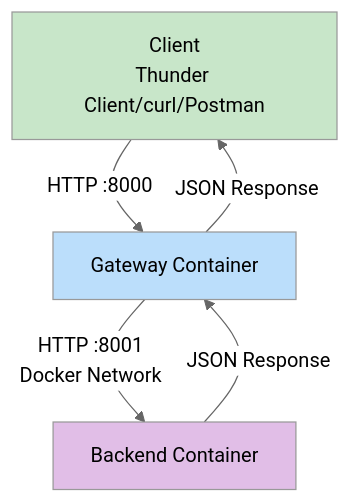
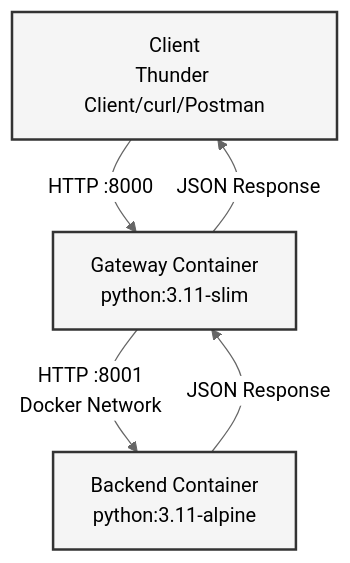
One commit to KS895683/CSC581_Cloud_Project changed the diagram in README.md. Above: the diagram before and after it, drawn with Mermaid (neutral theme).

Commit message:
adjusted architecture diagram

````diff
--- a/README.md
+++ b/README.md
@@ -13,12 +13,12 @@
 ```mermaid
-flowchart TD
-    A[Client<br/>Thunder Client/curl/Postman] -->|HTTP :8000| B[Gateway Container]
-    B -->|HTTP :8001<br/>Docker Network| C[Backend Container]
+graph TD
+    A[Client<br/>Thunder Client/curl/Postman] -->|HTTP :8000| B[Gateway Container<br/>python:3.11-slim]
+    B -->|HTTP :8001<br/>Docker Network| C[Backend Container<br/>python:3.11-alpine]
     C -->|JSON Response| B
     B -->|JSON Response| A
     
-    style A fill:#c8e6c9
-    style B fill:#bbdefb
-    style C fill:#e1bee7
+    style A fill:#f5f5f5,stroke:#333,stroke-width:2px
+    style B fill:#f5f5f5,stroke:#333,stroke-width:2px
+    style C fill:#f5f5f5,stroke:#333,stroke-width:2px
 
 ```
````
